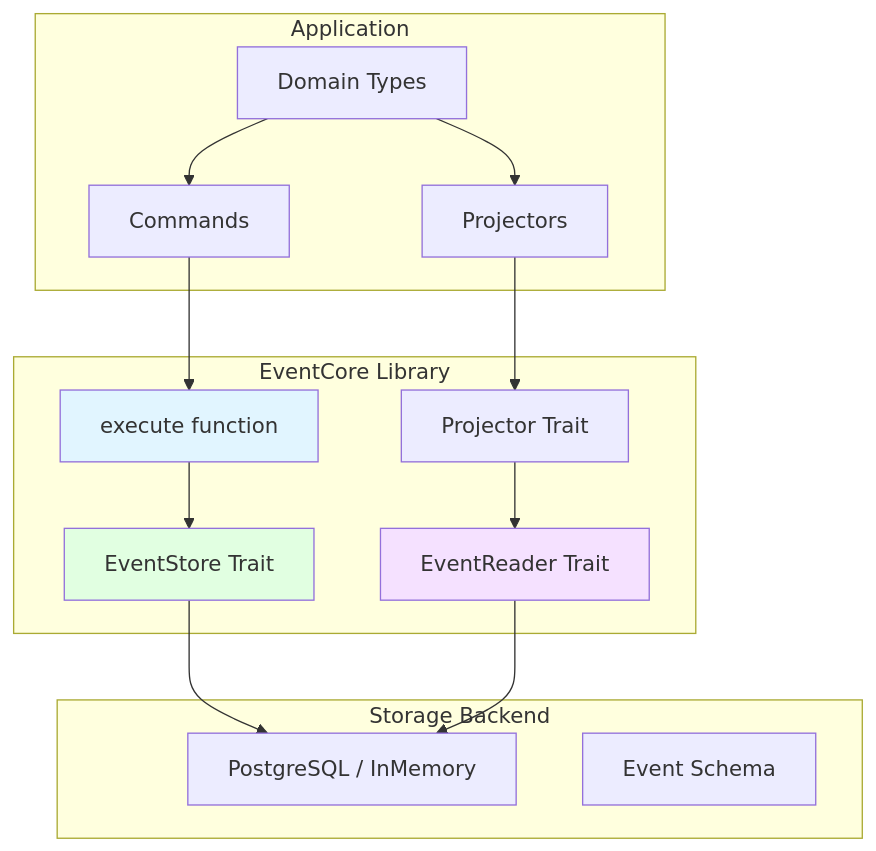
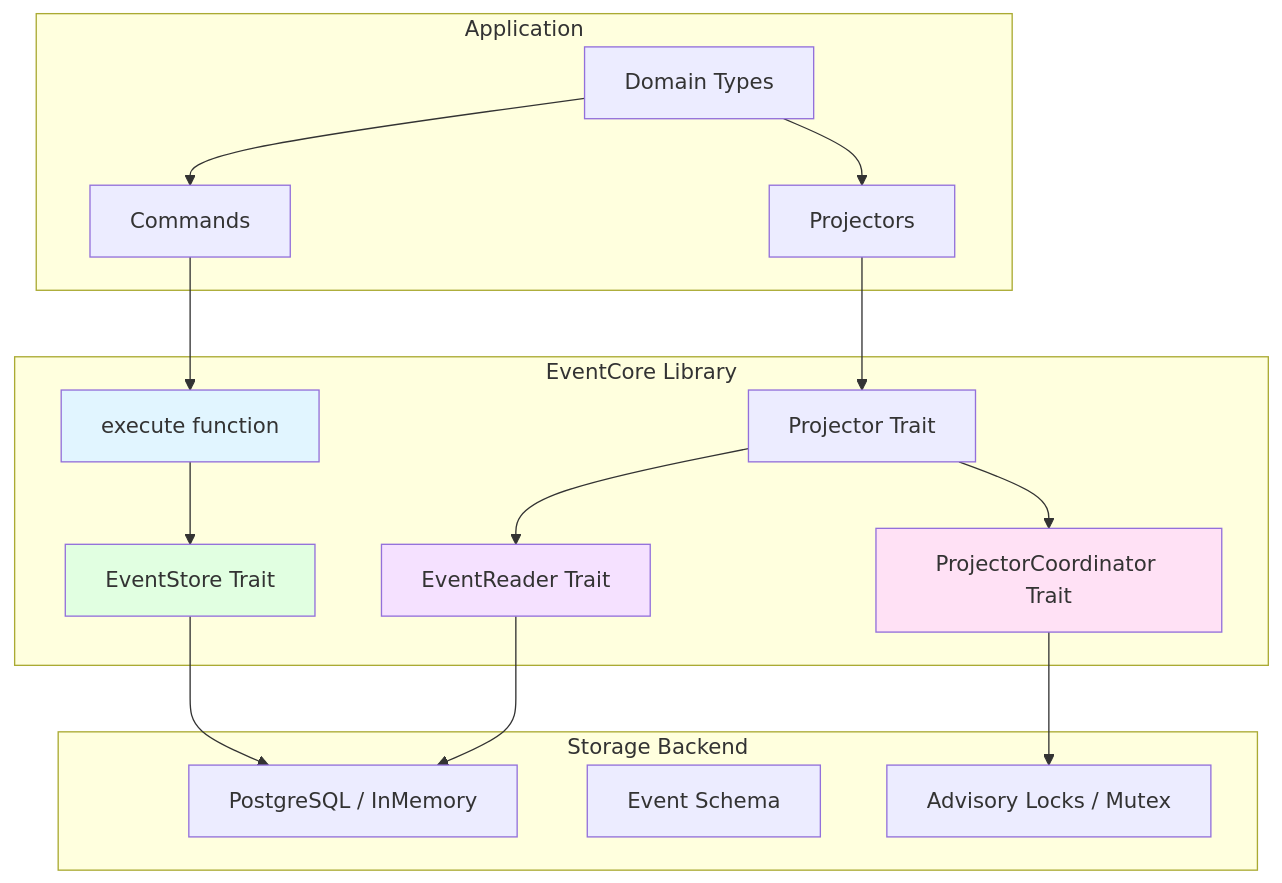
Before and after one commit to jwilger/eventcore: the second of 2 diagrams in docs/ARCHITECTURE.md, drawn with Mermaid. The commit also changed other lines of this file and 3 other files, not shown here.

````diff
--- a/docs/ARCHITECTURE.md
+++ b/docs/ARCHITECTURE.md
@@ -554,35 +688,40 @@
 ```mermaid
 graph TB
     subgraph Application
         Cmd[Commands]
         Proj[Projectors]
         Domain[Domain Types]
     end
 
     subgraph EventCore Library
         Exec[execute function]
         ES[EventStore Trait]
         ER[EventReader Trait]
         PT[Projector Trait]
+        PC[ProjectorCoordinator Trait]
     end
 
     subgraph Storage Backend
         PG[PostgreSQL / InMemory]
         Schema[Event Schema]
+        Locks[Advisory Locks / Mutex]
     end
 
     Cmd --> Exec
     Exec --> ES
     ES --> PG
 
     Proj --> PT
     PT --> ER
+    PT --> PC
     ER --> PG
+    PC --> Locks
 
     Domain --> Cmd
     Domain --> Proj
 
     style Exec fill:#e1f5ff
     style ES fill:#e1ffe1
     style ER fill:#f5e1ff
+    style PC fill:#ffe1f5
 ```
````
